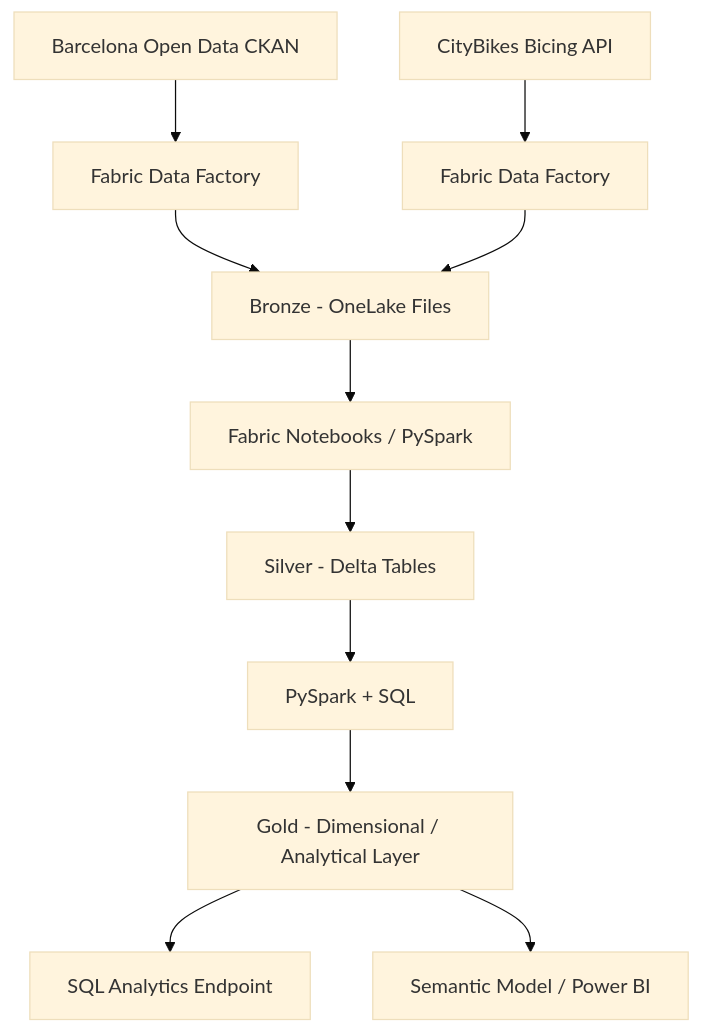
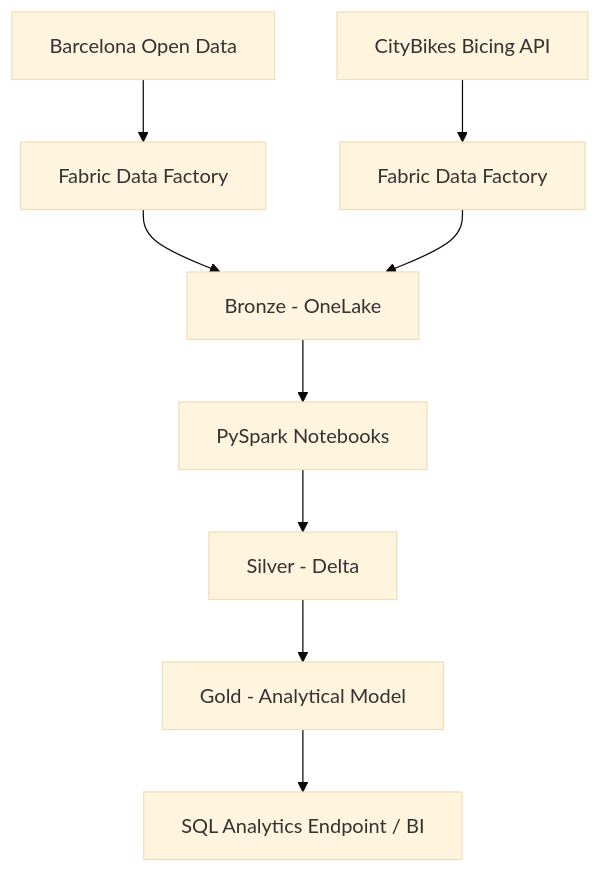
Before and after one commit to leninfonseca/barcelona-urban-mobility-data-platform: the diagram in architecture/README.md, drawn with Mermaid (base theme). The commit also changed other lines of this file and 8 other files, not shown here.

````diff
--- a/architecture/README.md
+++ b/architecture/README.md
@@ -5,13 +5,11 @@
 ```mermaid
 flowchart TD
-    A1[Barcelona Open Data CKAN] --> B1[Fabric Data Factory]
+    A1[Barcelona Open Data] --> B1[Fabric Data Factory]
     A2[CityBikes Bicing API] --> B2[Fabric Data Factory]
-    B1 --> C[Bronze - OneLake Files]
+    B1 --> C[Bronze - OneLake]
     B2 --> C
-    C --> D[Fabric Notebooks / PySpark]
-    D --> E[Silver - Delta Tables]
-    E --> F[PySpark + SQL]
-    F --> G[Gold - Dimensional / Analytical Layer]
-    G --> H[SQL Analytics Endpoint]
-    G --> I[Semantic Model / Power BI]
+    C --> D[PySpark Notebooks]
+    D --> E[Silver - Delta]
+    E --> F[Gold - Analytical Model]
+    F --> G[SQL Analytics Endpoint / BI]
 ```
````
